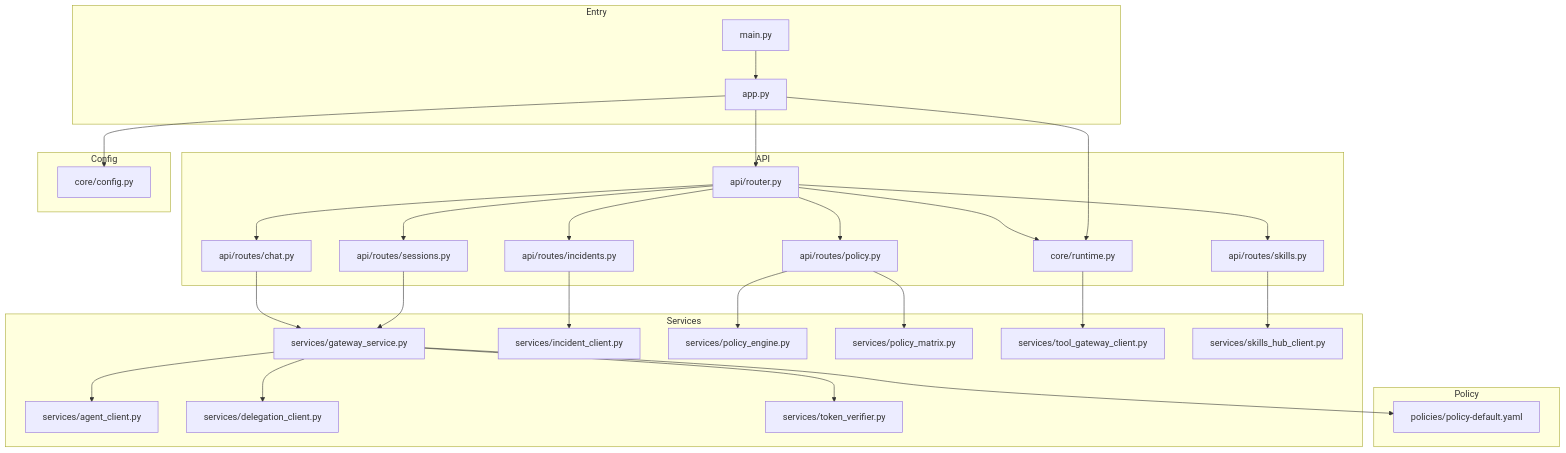
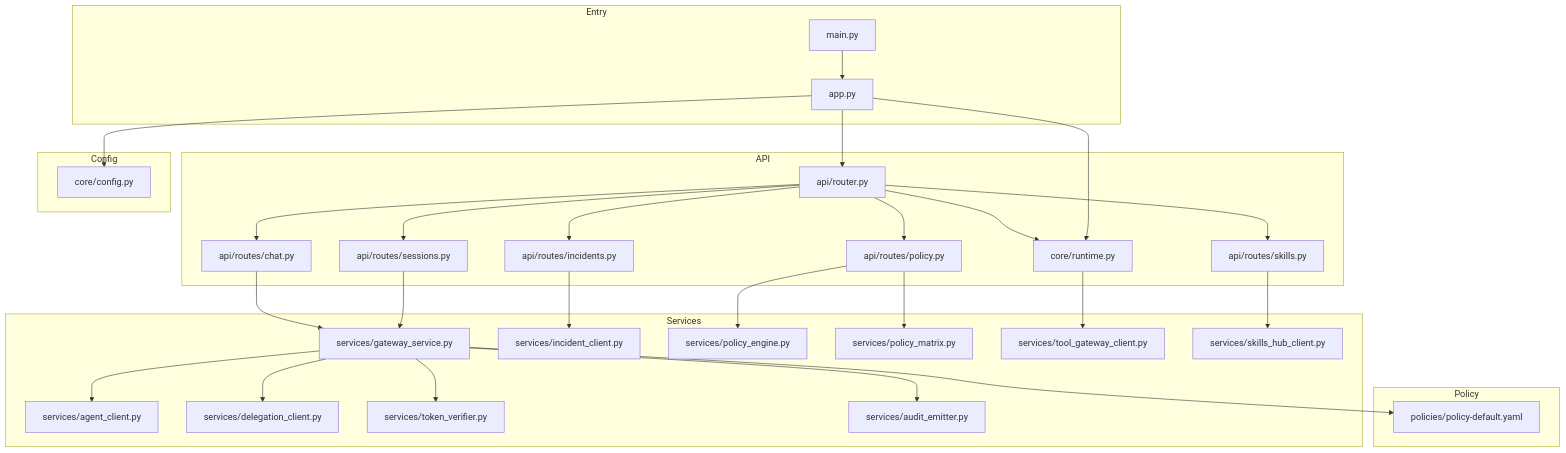
The first of 16 diagrams in .qoder/repowiki/en/content/Architecture Documentation/Platform Gateway Service.md (metasync/luban-aiops), drawn with Mermaid before and after one commit. The commit also changed other lines of this file and 24 other files, not shown here.

````diff
--- a/.qoder/repowiki/en/content/Architecture Documentation/Platform Gateway Service.md
+++ b/.qoder/repowiki/en/content/Architecture Documentation/Platform Gateway Service.md
@@ -79,55 +82,57 @@
 ```mermaid
 graph TB
 subgraph "Entry"
 M["main.py"]
 A["app.py"]
 end
 subgraph "API"
 R["api/router.py"]
 RC["api/routes/chat.py"]
 RS["api/routes/sessions.py"]
 RI["api/routes/incidents.py"]
 RP["api/routes/policy.py"]
 RT["api/routes/tools.py"]
 RK["api/routes/skills.py"]
 end
 subgraph "Services"
 GS["services/gateway_service.py"]
 AC["services/agent_client.py"]
 IC["services/incident_client.py"]
 DC["services/delegation_client.py"]
 TV["services/token_verifier.py"]
 PE["services/policy_engine.py"]
 PM["services/policy_matrix.py"]
 TGC["services/tool_gateway_client.py"]
 SHC["services/skills_hub_client.py"]
+AE["services/audit_emitter.py"]
 end
 subgraph "Policy"
 P["policies/policy-default.yaml"]
 end
 subgraph "Config"
 CFG["core/config.py"]
 RT["core/runtime.py"]
 end
 M --> A
 A --> R
 R --> RC
 R --> RS
 R --> RI
 R --> RP
 R --> RT
 R --> RK
 RC --> GS
 RS --> GS
 RI --> IC
 RP --> PE
 RP --> PM
 RT --> TGC
 RK --> SHC
 GS --> AC
 GS --> DC
 GS --> TV
 GS --> P
+GS --> AE
 A --> CFG
 A --> RT
 ```
````
